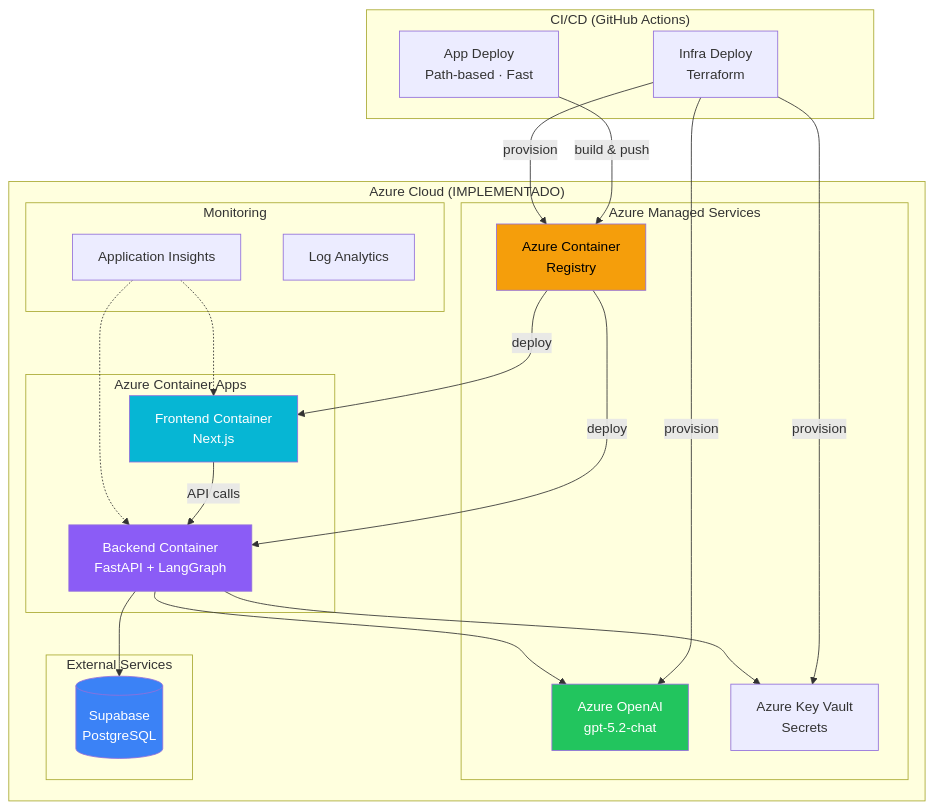
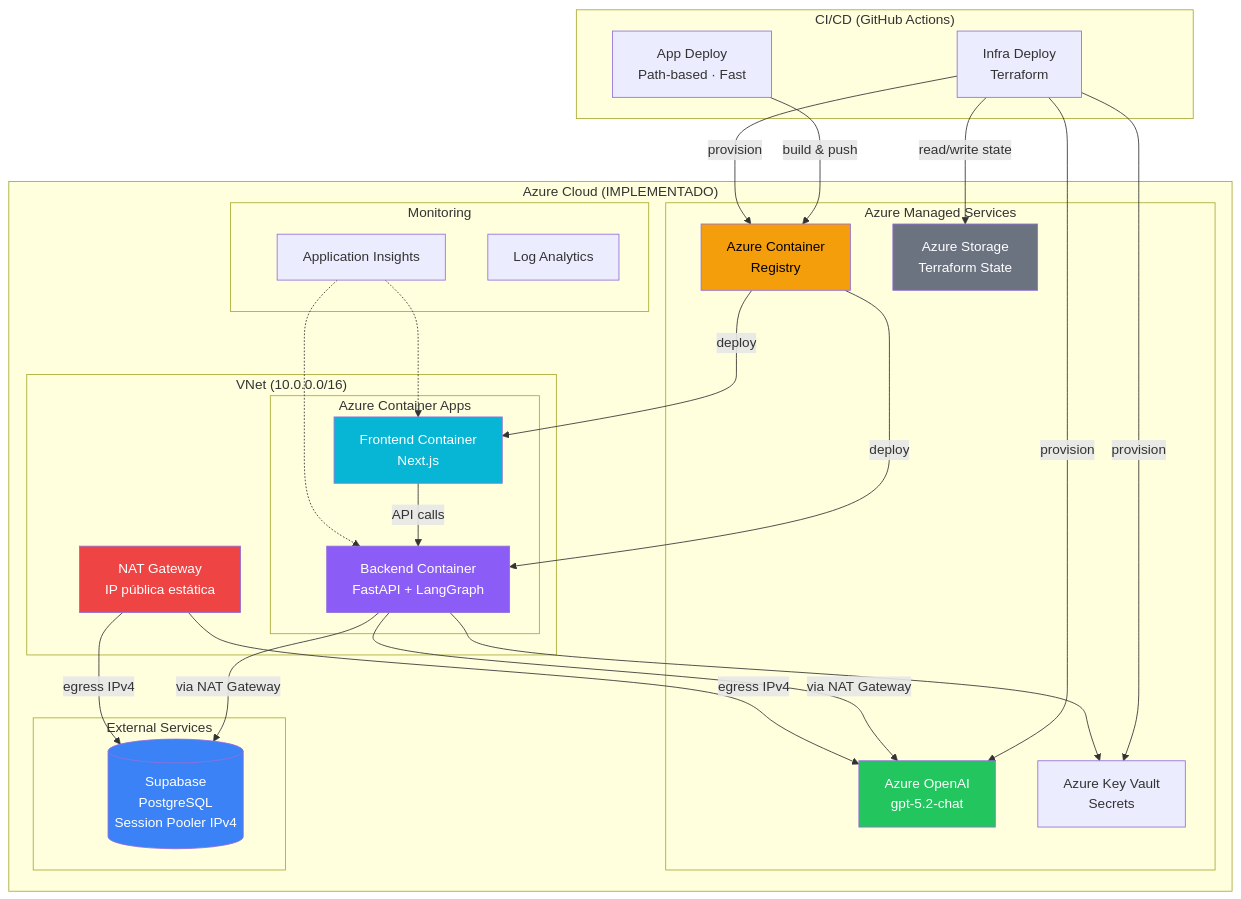
Before and after one commit to miguelsff/fraud-detection-multi-agent-system: diagram 11 of 11 in .claude/docs/arquitectura-sistema.md, drawn with Mermaid. The commit also changed other lines of this file and 2 other files, not shown here.

First line of the commit message:
docs: add infrastructure details (NAT Gateway, Terraform remote state, DB startup)

````diff
--- a/.claude/docs/arquitectura-sistema.md
+++ b/.claude/docs/arquitectura-sistema.md
@@ -1271,44 +1271,52 @@
 ```mermaid
 graph TB
     subgraph "Azure Cloud (IMPLEMENTADO)"
-        subgraph "Azure Container Apps"
-            BE[Backend Container<br/>FastAPI + LangGraph]
-            FE[Frontend Container<br/>Next.js]
+        subgraph "VNet (10.0.0.0/16)"
+            subgraph "Azure Container Apps"
+                BE[Backend Container<br/>FastAPI + LangGraph]
+                FE[Frontend Container<br/>Next.js]
+            end
+            NAT[NAT Gateway<br/>IP pública estática]
         end
 
         subgraph "Azure Managed Services"
             AOAI[Azure OpenAI<br/>gpt-5.2-chat]
             KV[Azure Key Vault<br/>Secrets]
             ACR[Azure Container<br/>Registry]
+            TFSTATE[Azure Storage<br/>Terraform State]
         end
 
         subgraph "External Services"
-            SUPA[(Supabase<br/>PostgreSQL)]
+            SUPA[(Supabase<br/>PostgreSQL<br/>Session Pooler IPv4)]
         end
 
         subgraph "Monitoring"
             AI[Application Insights]
             LA[Log Analytics]
         end
     end
 
     subgraph "CI/CD (GitHub Actions)"
         GH_APP[App Deploy<br/>Path-based · Fast]
         GH_INFRA[Infra Deploy<br/>Terraform]
     end
 
     GH_APP -->|build & push| ACR
     ACR -->|deploy| BE & FE
     GH_INFRA -->|provision| AOAI & KV & ACR
-    BE --> AOAI
+    GH_INFRA -->|read/write state| TFSTATE
+    BE -->|via NAT Gateway| AOAI
     BE --> KV
-    BE --> SUPA
+    BE -->|via NAT Gateway| SUPA
+    NAT -->|egress IPv4| SUPA & AOAI
     FE -->|API calls| BE
     AI -.-> BE & FE
 
     style BE fill:#8b5cf6,color:#fff
     style FE fill:#06b6d4,color:#fff
     style AOAI fill:#22c55e,color:#fff
     style SUPA fill:#3b82f6,color:#fff
     style ACR fill:#f59e0b,color:#000
+    style NAT fill:#ef4444,color:#fff
+    style TFSTATE fill:#6b7280,color:#fff
 ```
````
